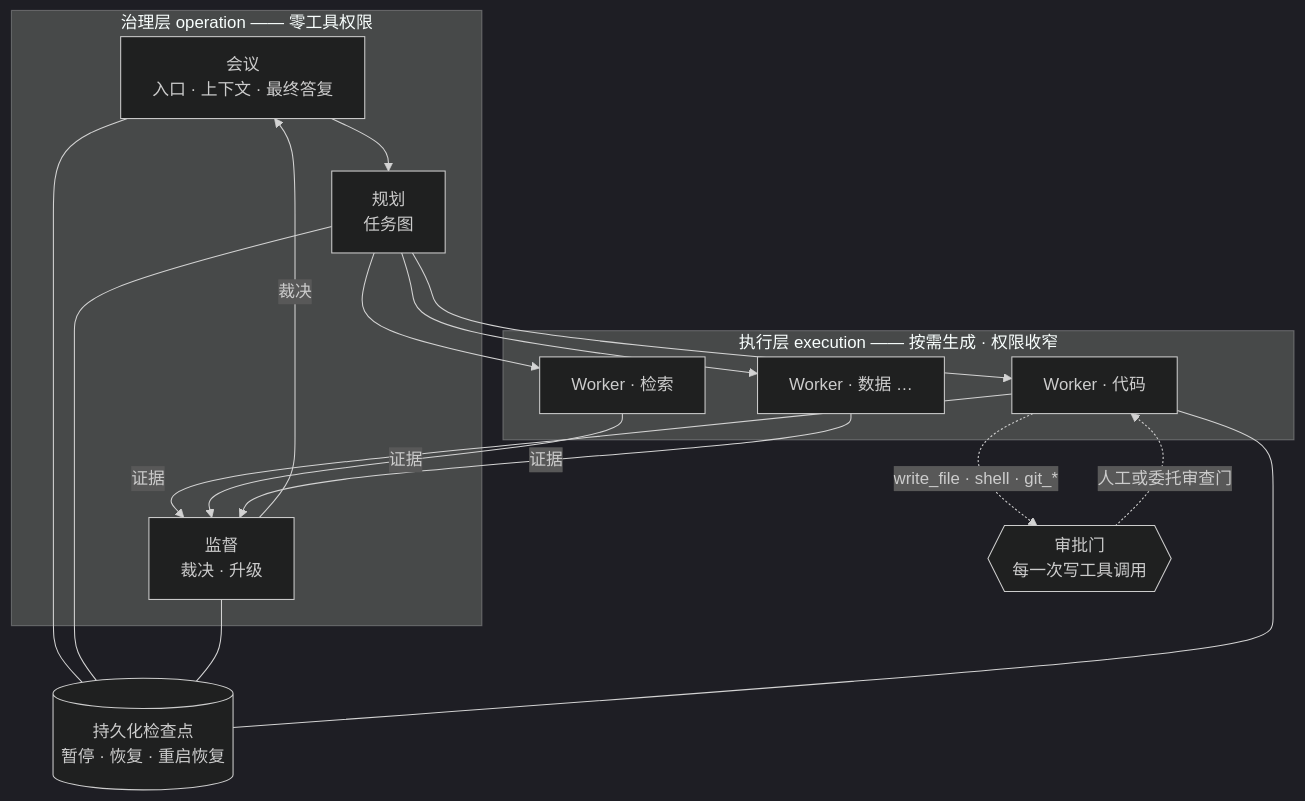
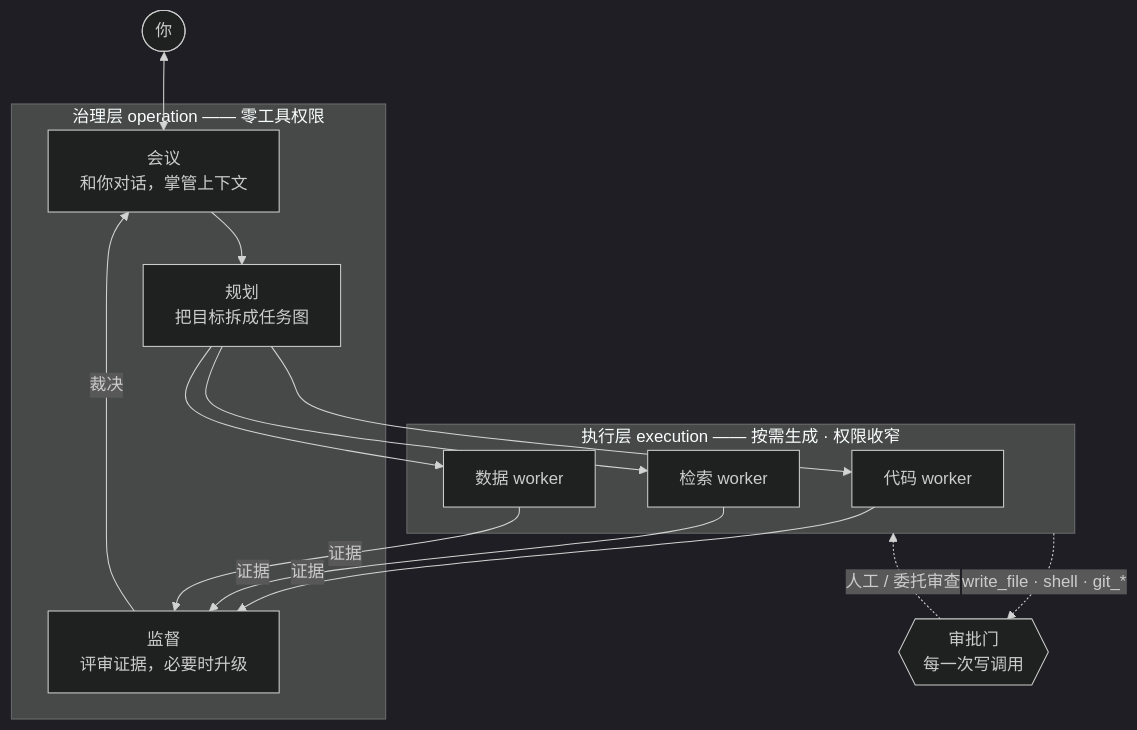
The second of 3 diagrams in README.zh-CN.md (Programmer-MrWang/TinadecOffice), drawn with Mermaid (dark theme) before and after one commit. The commit also changed other lines of this file and 1 other file, not shown here.

First line of the commit message:
docs(readme): simpler wiring diagrams, team orchestration front and center

````diff
--- a/README.zh-CN.md
+++ b/README.zh-CN.md
@@ -114,24 +86,25 @@
 ```mermaid
 flowchart TB
+    U(["你"])
     subgraph OP["治理层 operation —— 零工具权限"]
-        MTG[会议<br/>入口 · 上下文 · 最终答复]
-        PLN[规划<br/>任务图]
-        SUP[监督<br/>裁决 · 升级]
+        MTG["会议<br/>和你对话，掌管上下文"]
+        PLN["规划<br/>把目标拆成任务图"]
+        SUP["监督<br/>评审证据，必要时升级"]
     end
 
     subgraph EX["执行层 execution —— 按需生成 · 权限收窄"]
-        WK1[Worker · 代码]
-        WK2[Worker · 检索]
-        WK3[Worker · 数据 …]
+        CW["代码 worker"]
+        SW["检索 worker"]
+        DW["数据 worker"]
     end
 
-    MTG --> PLN --> WK1 & WK2 & WK3
-    WK1 & WK2 & WK3 -->|证据| SUP
-    SUP -->|裁决| MTG
+    GATE{{"审批门<br/>每一次写调用"}}
 
-    GATE{{审批门<br/>每一次写工具调用}}
-    WK1 -. write_file · shell · git_* .-> GATE
-    GATE -. 人工或委托审查门 .-> WK1
-
-    MTG & PLN & SUP & WK1 --- CP[(持久化检查点<br/>暂停 · 恢复 · 重启恢复)]
+    U <--> MTG
+    MTG --> PLN
+    PLN --> CW & SW & DW
+    CW & SW & DW -->|"证据"| SUP
+    SUP -->|"裁决"| MTG
+    EX -. "write_file · shell · git_*" .-> GATE
+    GATE -. "人工 / 委托审查" .-> EX
 ```
````
